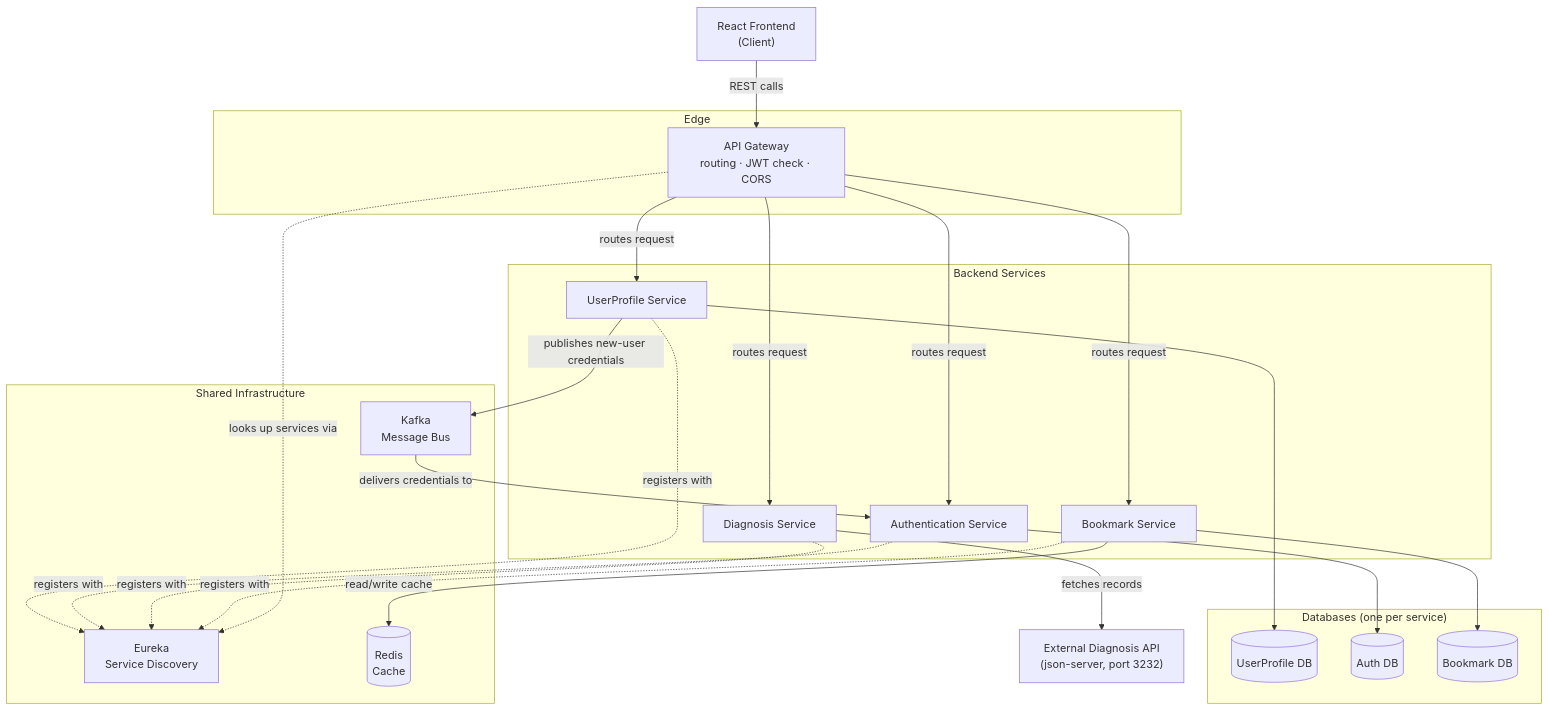
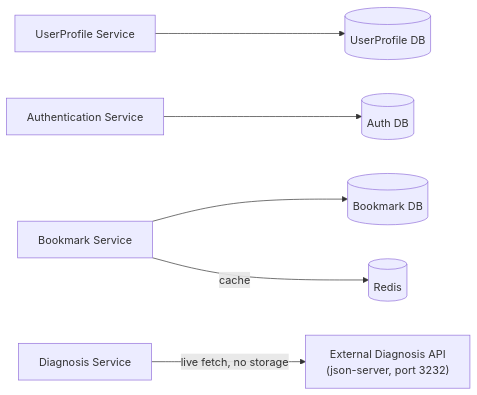
The fourth of 4 diagrams in docs/ARCHITECTURE.md (mathaisjustin/cardiac-diagonistics), drawn with Mermaid before and after one commit. The commit also changed other lines of this file, not shown here.

Commit message:
Split the architecture diagram into four focused diagrams
The single combined diagram mixed request routing, service discovery,
async messaging, and data ownership into one noisy picture. Broken
into four small diagrams, each answering one question, in the order
a reader would need them.

Claude-Session: https://claude.ai/code/session_01PrEDR5kDbHcHziL8Nzda2t

````diff
--- a/docs/ARCHITECTURE.md
+++ b/docs/ARCHITECTURE.md
@@ -9,51 +75,8 @@
 ```mermaid
-flowchart TD
-    Client["React Frontend<br/>(Client)"]
-
-    subgraph Edge["Edge"]
-        Gateway["API Gateway<br/>routing · JWT check · CORS"]
-    end
-
-    subgraph Infra["Shared Infrastructure"]
-        Eureka["Eureka<br/>Service Discovery"]
-        Kafka["Kafka<br/>Message Bus"]
-        Redis[("Redis<br/>Cache")]
-    end
-
-    subgraph Services["Backend Services"]
-        UserProfile["UserProfile Service"]
-        Auth["Authentication Service"]
-        Diagnosis["Diagnosis Service"]
-        Bookmark["Bookmark Service"]
-    end
-
-    subgraph Data["Databases (one per service)"]
-        UserProfileDB[("UserProfile DB")]
-        AuthDB[("Auth DB")]
-        BookmarkDB[("Bookmark DB")]
-    end
-
-    ExternalAPI["External Diagnosis API<br/>(json-server, port 3232)"]
-
-    Client -- "REST calls" --> Gateway
-    Gateway -- "routes request" --> UserProfile
-    Gateway -- "routes request" --> Auth
-    Gateway -- "routes request" --> Diagnosis
-    Gateway -- "routes request" --> Bookmark
-
-    UserProfile -. "registers with" .-> Eureka
-    Auth -. "registers with" .-> Eureka
-    Diagnosis -. "registers with" .-> Eureka
-    Bookmark -. "registers with" .-> Eureka
-    Gateway -. "looks up services via" .-> Eureka
-
-    UserProfile -- "publishes new-user credentials" --> Kafka
-    Kafka -- "delivers credentials to" --> Auth
-
-    UserProfile --> UserProfileDB
-    Auth --> AuthDB
-    Bookmark --> BookmarkDB
-    Bookmark -- "read/write cache" --> Redis
-
-    Diagnosis -- "fetches records" --> ExternalAPI
+flowchart LR
+    UserProfile["UserProfile Service"] --> UserProfileDB[("UserProfile DB")]
+    Auth["Authentication Service"] --> AuthDB[("Auth DB")]
+    Bookmark["Bookmark Service"] --> BookmarkDB[("Bookmark DB")]
+    Bookmark -- "cache" --> Redis[("Redis")]
+    Diagnosis["Diagnosis Service"] -- "live fetch, no storage" --> ExternalAPI["External Diagnosis API<br/>(json-server, port 3232)"]
 ```
````
